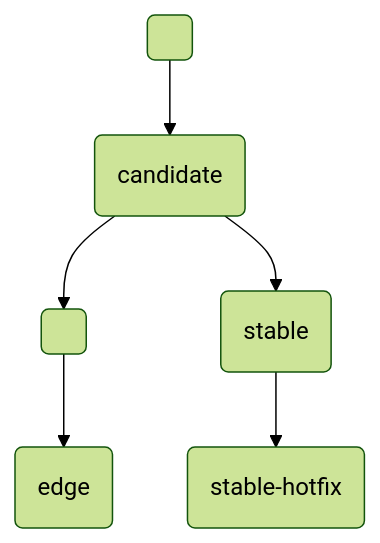
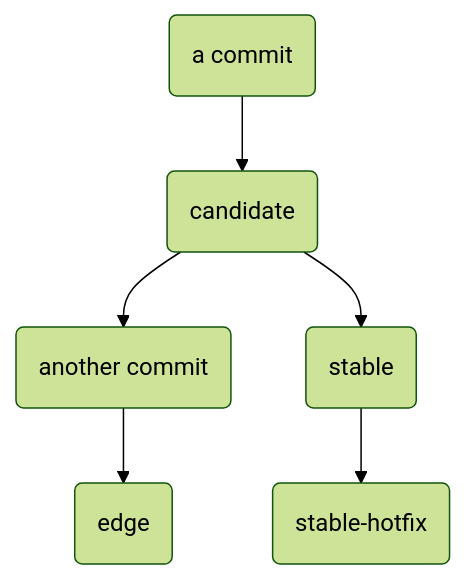
Before and after one commit to canonical/test_observer: the diagram in docs/explanation/release-management.rst, drawn with Mermaid (forest theme). The commit also changed other lines of this file, not shown here.

Commit message:
enh: copilot review

```diff
--- a/docs/explanation/release-management.rst
+++ b/docs/explanation/release-management.rst
@@ -10,10 +10,10 @@
 .. mermaid::
 
-   flowchart TD
-       A( ) --> B
-       B(candidate) --> C
-       B --> F(stable)
-       F --> E
-       C( ) --> D
-       D(edge)
-       E(stable-hotfix)
+  flowchart TD
+       previous_commit("a commit") --> candidate_commit
+       candidate_commit("candidate") --> another_commit
+       candidate_commit --> stable
+       stable("stable") --> stable_hotfix
+       another_commit("another commit") --> edge
+       edge("edge")
+       stable_hotfix(stable-hotfix)
```
